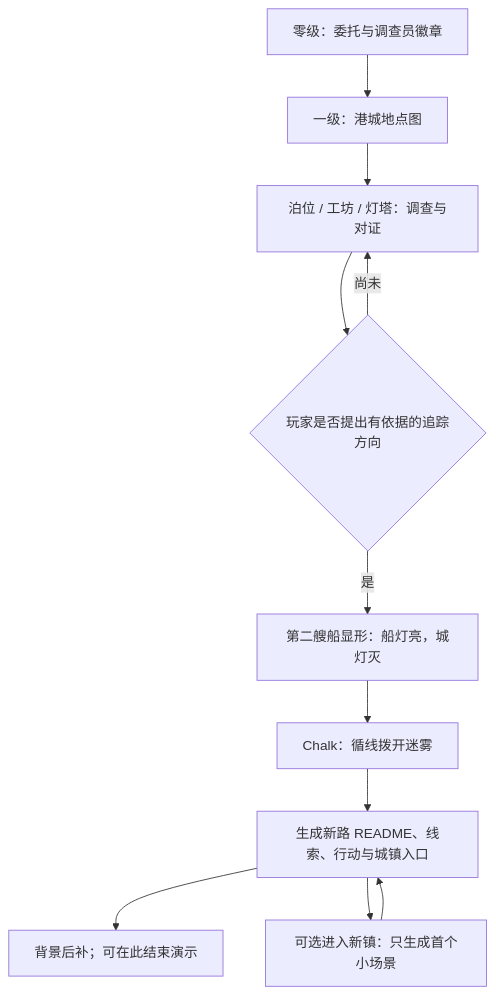
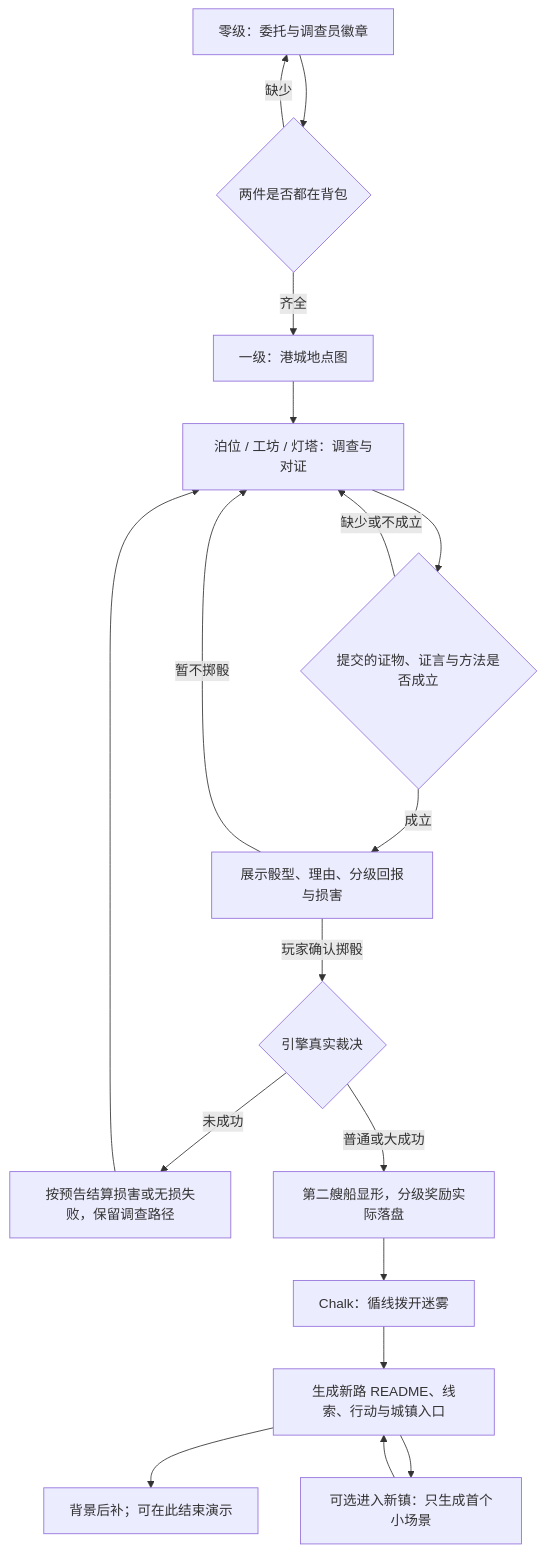
Before and after one commit to LudicDynamics/hackathon: the diagram in docs/雾坞镇短闭环与AI生长验收.md, drawn with Mermaid. The commit also changed other lines of this file and 11 other files, not shown here.

````diff
--- a/docs/雾坞镇短闭环与AI生长验收.md
+++ b/docs/雾坞镇短闭环与AI生长验收.md
@@ -18,13 +18,20 @@
 ```mermaid
 flowchart TD
-    A[零级：委托与调查员徽章] --> B[一级：港城地点图]
+    A[零级：委托与调查员徽章] --> K{两件是否都在背包}
+    K -->|缺少| A
+    K -->|齐全| B[一级：港城地点图]
     B --> C[泊位 / 工坊 / 灯塔：调查与对证]
-    C --> D{玩家是否提出有依据的追踪方向}
-    D -->|尚未| C
-    D -->|是| E[第二艘船显形：船灯亮，城灯灭]
+    C --> D{提交的证物、证言与方法是否成立}
+    D -->|缺少或不成立| C
+    D -->|成立| R[展示骰型、理由、分级回报与损害]
+    R -->|暂不掷骰| C
+    R -->|玩家确认掷骰| S{引擎真实裁决}
+    S -->|未成功| L[按预告结算损害或无损失败，保留调查路径]
+    L --> C
+    S -->|普通或大成功| E[第二艘船显形，分级奖励实际落盘]
     E --> F[Chalk：循线拨开迷雾]
     F --> G[生成新路 README、线索、行动与城镇入口]
     G --> H[背景后补；可在此结束演示]
     G --> I[可选进入新镇：只生成首个小场景]
     I --> G
 ```
````
